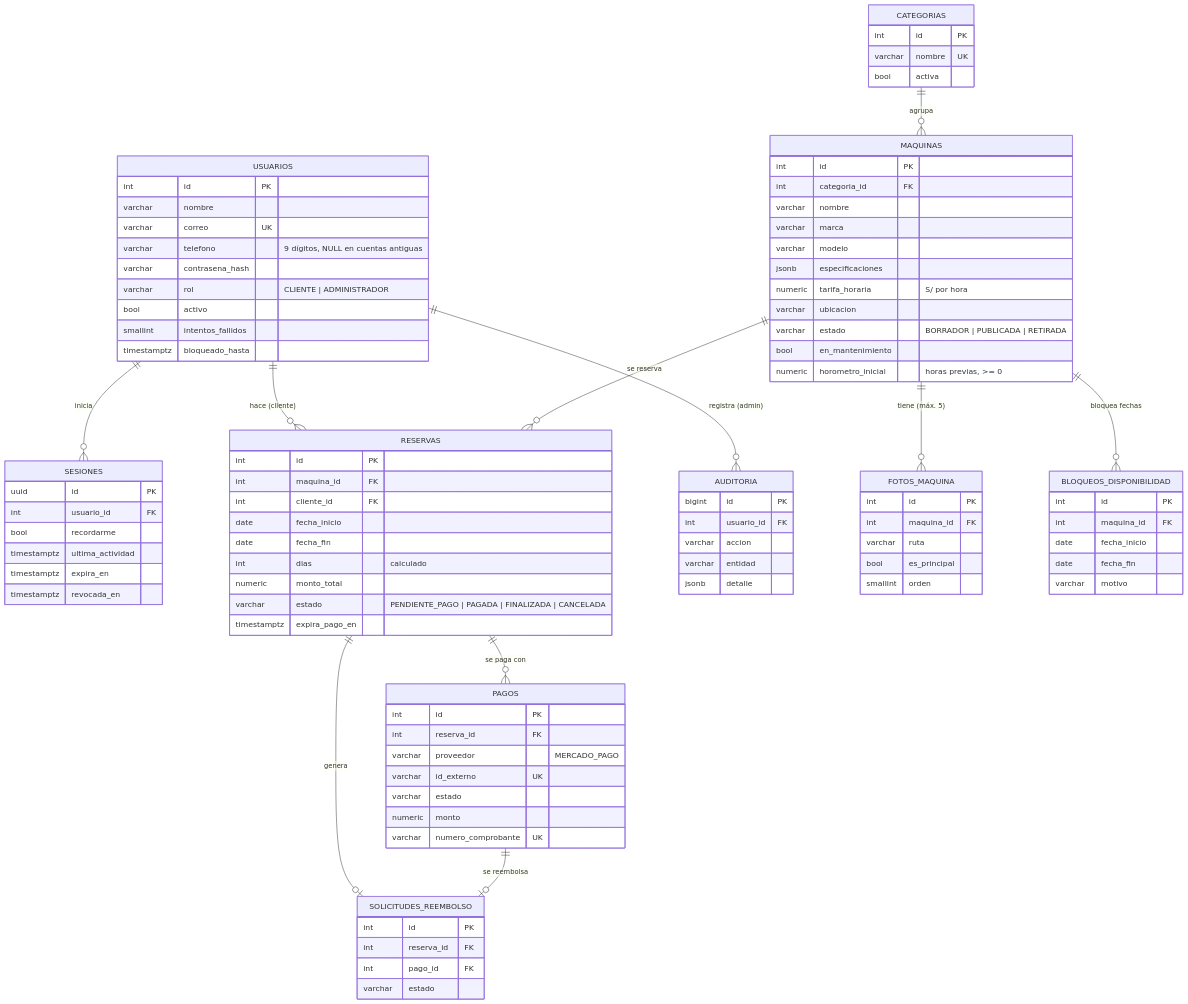
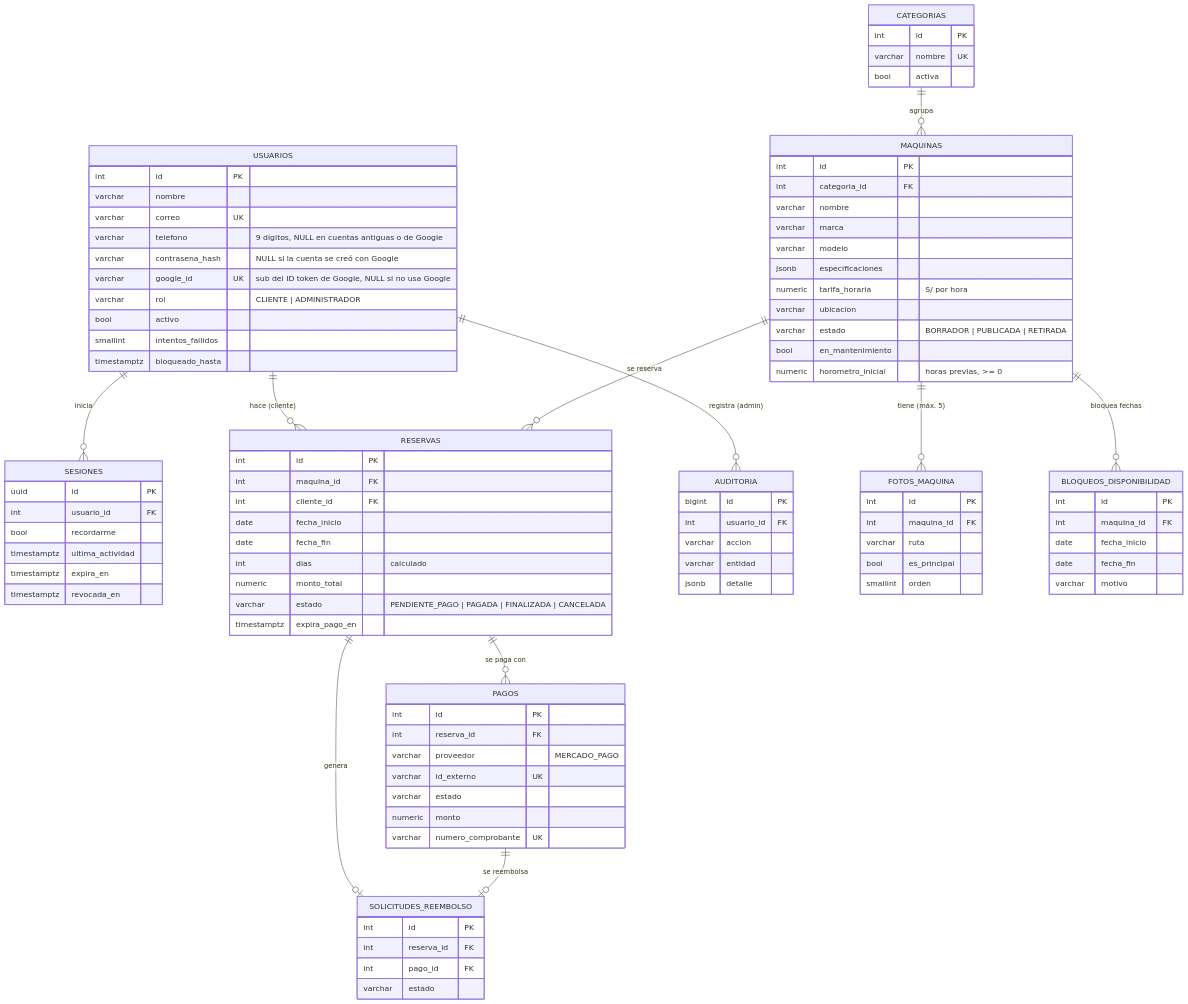
One commit to kevinrujel26-arch/agiledevelo changed the first of 2 diagrams in docs/base-de-datos.md. Above: the diagram before and after it, drawn with Mermaid. The commit also changed other lines of this file and 24 other files, not shown here.

Commit message:
feat: inicio de sesión con Google

```diff
--- a/docs/base-de-datos.md
+++ b/docs/base-de-datos.md
@@ -32,8 +33,9 @@
         int id PK
         varchar nombre
         varchar correo UK
-        varchar telefono "9 dígitos, NULL en cuentas antiguas"
-        varchar contrasena_hash
+        varchar telefono "9 dígitos, NULL en cuentas antiguas o de Google"
+        varchar contrasena_hash "NULL si la cuenta se creó con Google"
+        varchar google_id UK "sub del ID token de Google, NULL si no usa Google"
         varchar rol "CLIENTE | ADMINISTRADOR"
         bool activo
         smallint intentos_fallidos
```
